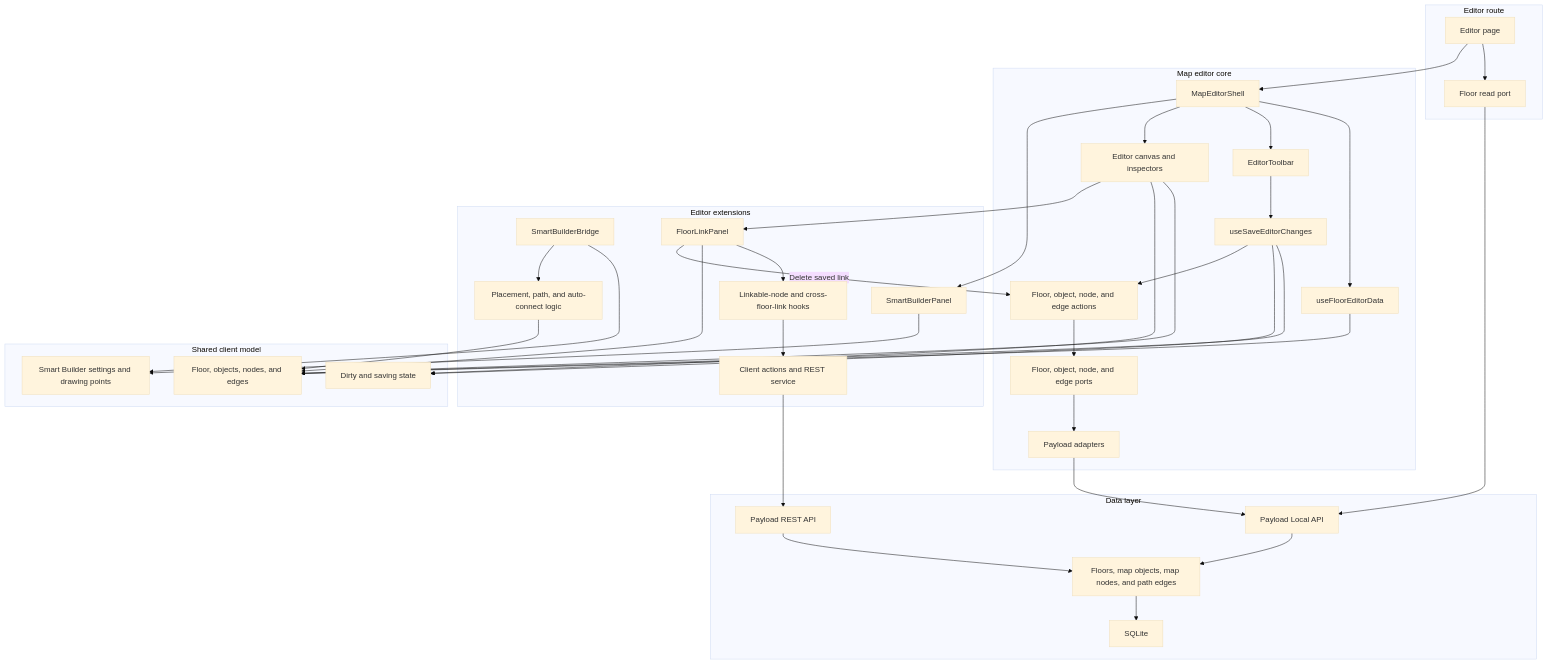
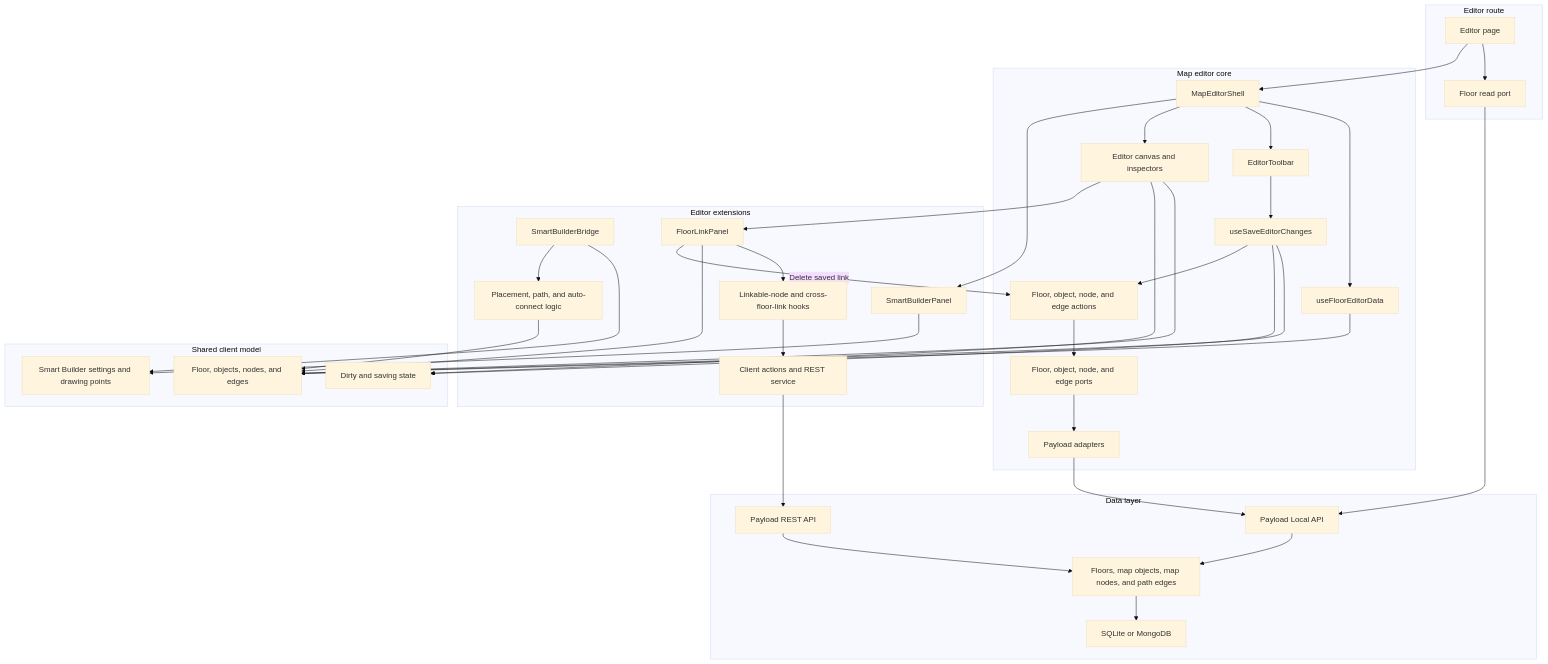
The third of 6 diagrams in docs/technical/APPLICATION_ARCHITECTURE.md (MubassirSapa/WayFinder), drawn with Mermaid (base theme) before and after one commit. The commit also changed other lines of this file and 9 other files, not shown here.

````diff
--- a/docs/technical/APPLICATION_ARCHITECTURE.md
+++ b/docs/technical/APPLICATION_ARCHITECTURE.md
@@ -253,75 +255,75 @@
 ```mermaid
 flowchart TB
     subgraph routeLayer ["Editor route"]
         editorPage["Editor page"]
         editorLoader["Floor read port"]
     end
 
     subgraph coreModule ["Map editor core"]
         editorShell["MapEditorShell"]
         editorToolbar["EditorToolbar"]
         canvas["Editor canvas and inspectors"]
         loadHook["useFloorEditorData"]
         saveHook["useSaveEditorChanges"]
         coreActions["Floor, object, node, and edge actions"]
         corePorts["Floor, object, node, and edge ports"]
         coreAdapters["Payload adapters"]
     end
 
     subgraph extensionModules ["Editor extensions"]
         builderPanel["SmartBuilderPanel"]
         builderBridge["SmartBuilderBridge"]
         builderLogic["Placement, path, and auto-connect logic"]
         linkPanel["FloorLinkPanel"]
         linkHooks["Linkable-node and cross-floor-link hooks"]
         linkClient["Client actions and REST service"]
     end
 
     subgraph stateLayer ["Shared client model"]
         editorState["Floor, objects, nodes, and edges"]
         builderState["Smart Builder settings and drawing points"]
         dirtyState["Dirty and saving state"]
     end
 
     subgraph dataLayer ["Data layer"]
         payloadLocal["Payload Local API"]
         payloadRest["Payload REST API"]
         mapCollections["Floors, map objects, map nodes, and path edges"]
-        editorDb["SQLite"]
+        editorDb["SQLite or MongoDB"]
     end
 
     editorPage --> editorLoader
     editorLoader --> payloadLocal
     editorPage --> editorShell
     editorShell --> loadHook
     loadHook --> editorState
     editorShell --> editorToolbar
     editorToolbar --> saveHook
     editorShell --> canvas
     canvas --> editorState
     canvas --> dirtyState
 
     editorShell --> builderPanel
     builderPanel --> builderState
     builderBridge --> builderState
     builderBridge --> builderLogic
     builderLogic --> editorState
 
     canvas --> linkPanel
     linkPanel --> linkHooks
     linkHooks --> linkClient
     linkClient --> payloadRest
     linkPanel --> editorState
     linkPanel -->|"Delete saved link"| coreActions
 
     saveHook --> editorState
     saveHook --> dirtyState
     saveHook --> coreActions
     coreActions --> corePorts
     corePorts --> coreAdapters
     coreAdapters --> payloadLocal
 
     payloadLocal --> mapCollections
     payloadRest --> mapCollections
     mapCollections --> editorDb
 ```
````
